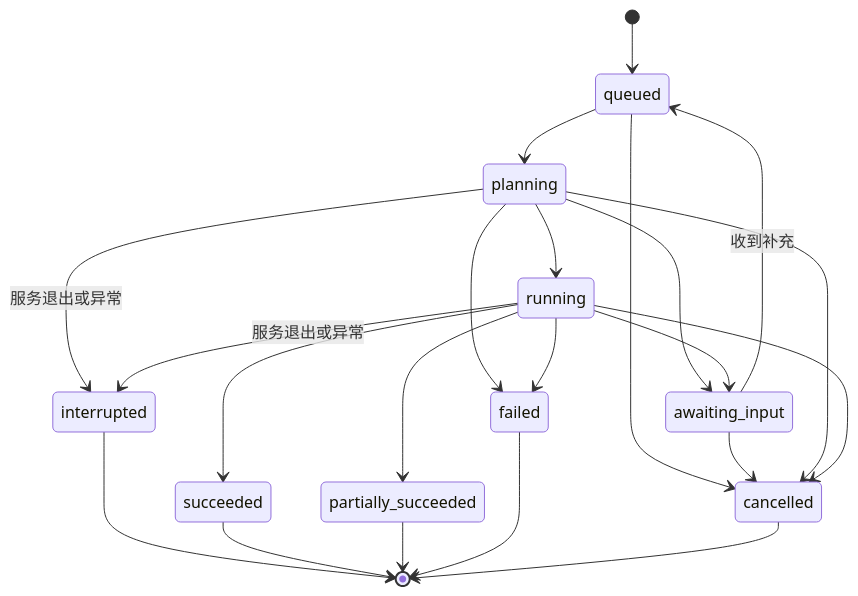
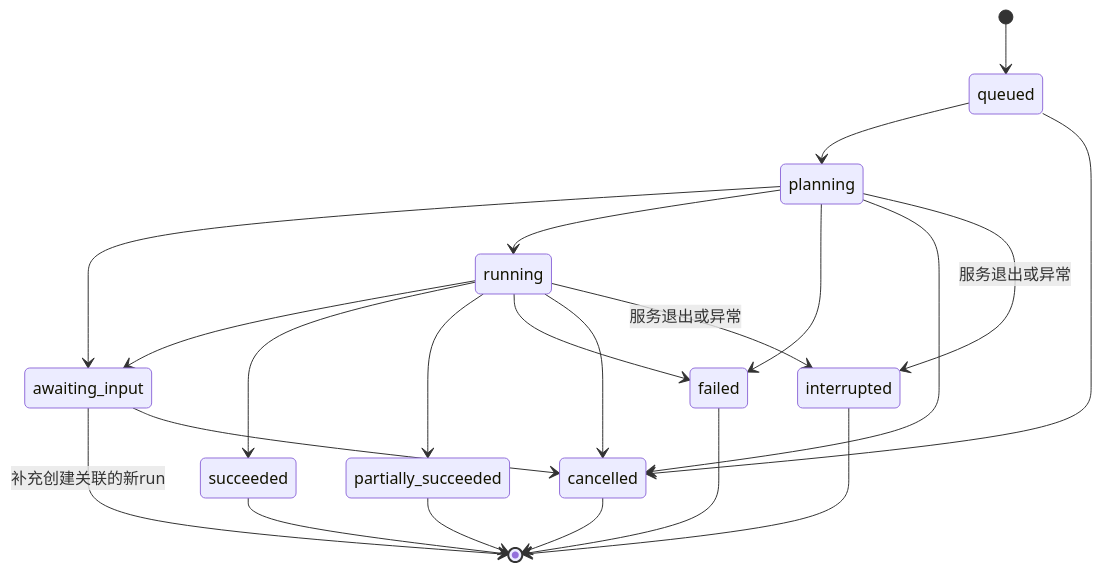
One commit to ecojust/open-JARVIS changed the third of 3 diagrams in README.md. Above: the diagram before and after it, drawn with Mermaid. The commit also changed other lines of this file and 44 other files, not shown here.

````diff
--- a/README.md
+++ b/README.md
@@ -451,24 +467,24 @@
 ```mermaid
 stateDiagram-v2
     [*] --> queued
     queued --> planning
     queued --> cancelled
     planning --> awaiting_input
-    awaiting_input --> queued: 收到补充
+    awaiting_input --> [*]: 补充创建关联的新run
     awaiting_input --> cancelled
     planning --> running
     running --> awaiting_input
     planning --> failed
     planning --> cancelled
     running --> succeeded
     running --> partially_succeeded
     running --> failed
     running --> cancelled
     planning --> interrupted: 服务退出或异常
     running --> interrupted: 服务退出或异常
     interrupted --> [*]
     succeeded --> [*]
     partially_succeeded --> [*]
     failed --> [*]
     cancelled --> [*]
 ```
````
